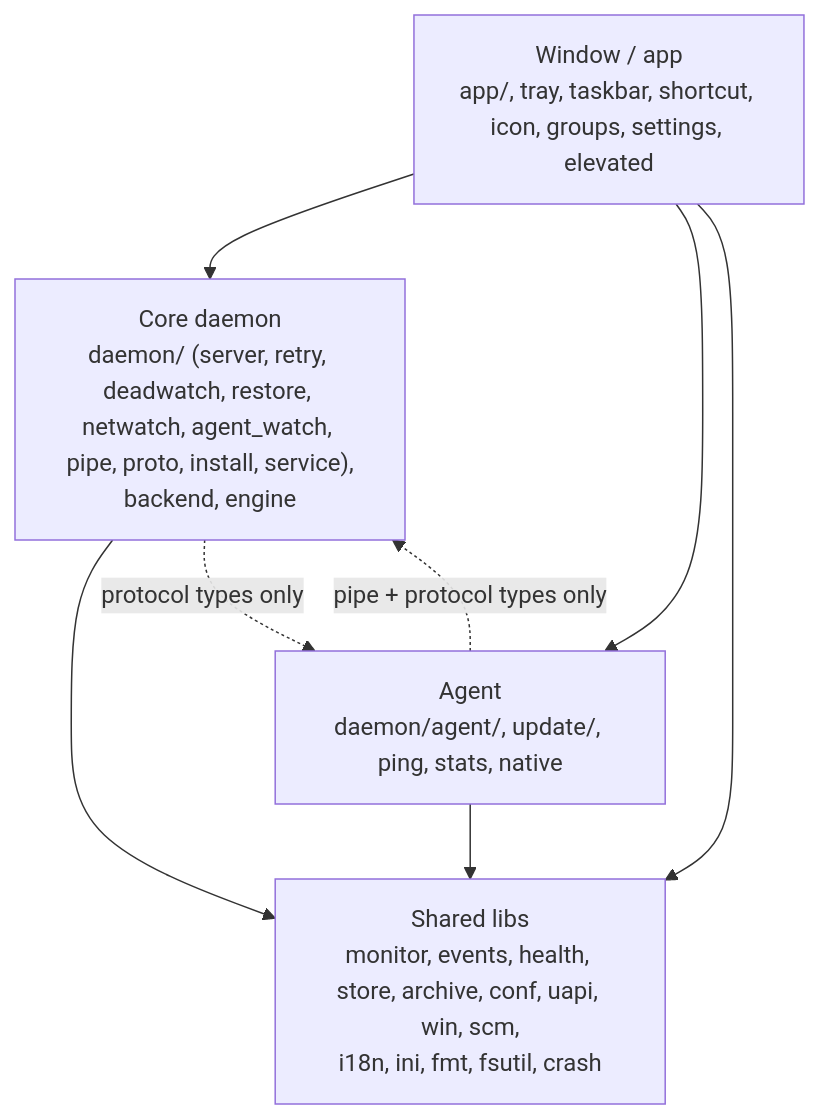
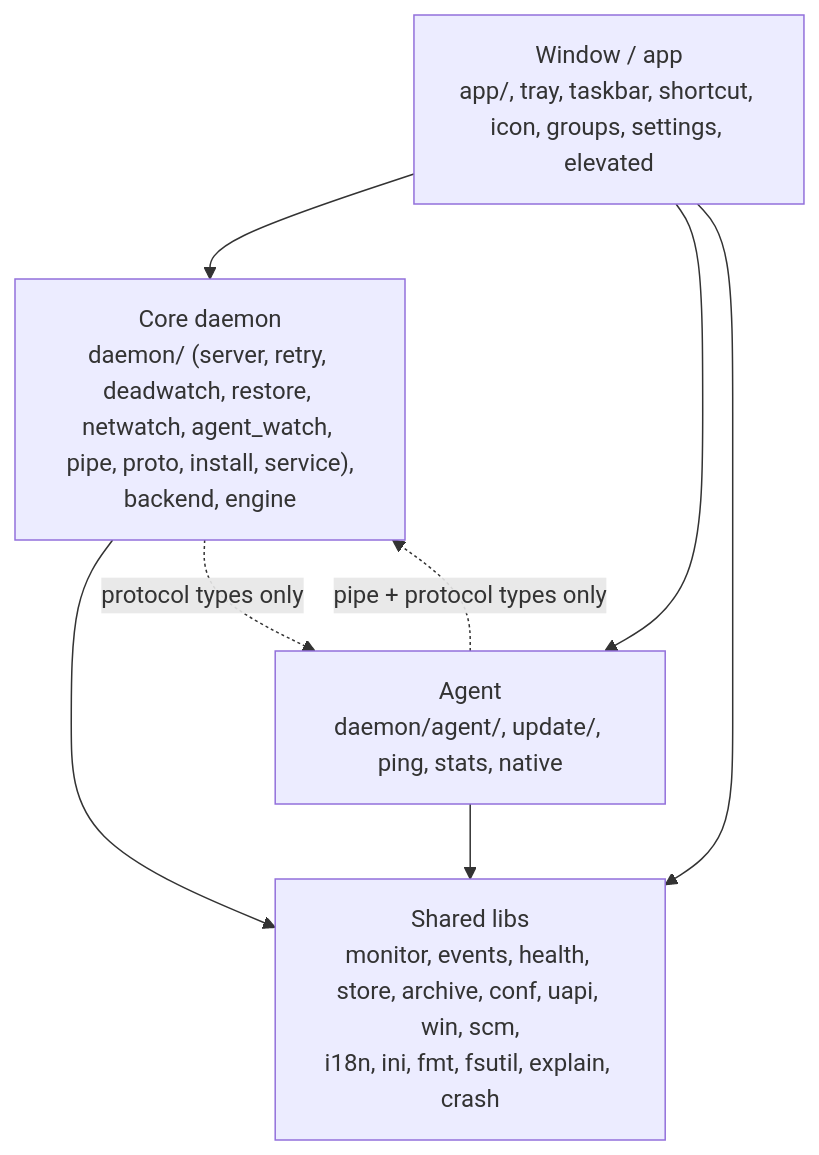
Before and after one commit to ssv555/AmneziaWG-UI-Dark: the first of 2 diagrams in docs/modules.md, drawn with Mermaid. The commit also changed other lines of this file and 94 other files, not shown here.

````diff
--- a/docs/modules.md
+++ b/docs/modules.md
@@ -11,15 +11,15 @@
 ```mermaid
 flowchart TB
   W["Window / app<br/>app/, tray, taskbar, shortcut, icon, groups, settings, elevated"]
   C["Core daemon<br/>daemon/ (server, retry, deadwatch, restore, netwatch, agent_watch, pipe, proto, install, service),<br/>backend, engine"]
   A["Agent<br/>daemon/agent/, update/, ping, stats, native"]
-  S["Shared libs<br/>monitor, events, health, store, archive, conf, uapi, win, scm,<br/>i18n, ini, fmt, fsutil, crash"]
+  S["Shared libs<br/>monitor, events, health, store, archive, conf, uapi, win, scm,<br/>i18n, ini, fmt, fsutil, explain, crash"]
 
   W --> C
   W --> A
   W --> S
   C --> S
   A --> S
   A -. "pipe + protocol types only" .-> C
   C -. "protocol types only" .-> A
 ```
````
